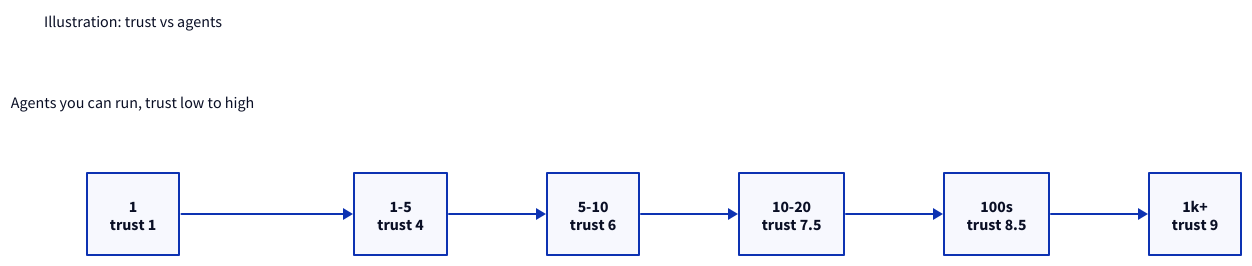
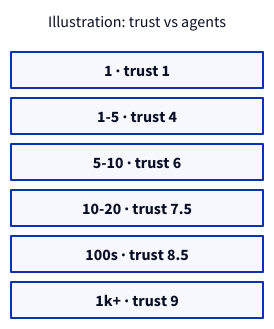
Before and after one commit to g-savitha/gsavitha.in: the first of 2 diagrams in src/content/blog/making-coding-agents-trustworthy.mdx, drawn with D2. The commit also changed 12 other files, not shown here.

First line of the commit message:
Fix D2 blog diagrams: Dark Mauve, sizing, containers, trust chart (#39)

````diff
--- a/src/content/blog/making-coding-agents-trustworthy.mdx
+++ b/src/content/blog/making-coding-agents-trustworthy.mdx
@@ -44,13 +44,16 @@
 ```d2
 # alt: Illustration of the trust curve: as you go from 1 agent to 1k+ agents, the trust you need climbs from low to high. Not real data.
-direction: right
-heading: "Illustration: trust vs agents" {shape: text}
-axis: "Agents you can run, trust low to high" {shape: text}
-one: "1\ntrust 1" {class: accent}
-few: "1-5\ntrust 4" {class: accent}
-mid: "5-10\ntrust 6" {class: accent}
-more: "10-20\ntrust 7.5" {class: accent}
-hundreds: "100s\ntrust 8.5" {class: accent}
-thousand: "1k+\ntrust 9" {class: accent}
-one -> few -> mid -> more -> hundreds -> thousand
+title: "Illustration: trust vs agents" {
+  shape: text
+  near: top-center
+}
+grid-rows: 6
+grid-columns: 1
+grid-gap: 10
+one: "1 · trust 1" {width: 48; height: 36}
+few: "1-5 · trust 4" {width: 120; height: 36}
+mid: "5-10 · trust 6" {width: 168; height: 36}
+more: "10-20 · trust 7.5" {width: 204; height: 36}
+hundreds: "100s · trust 8.5" {width: 228; height: 36}
+thousand: "1k+ · trust 9" {width: 252; height: 36}
 ```
````
